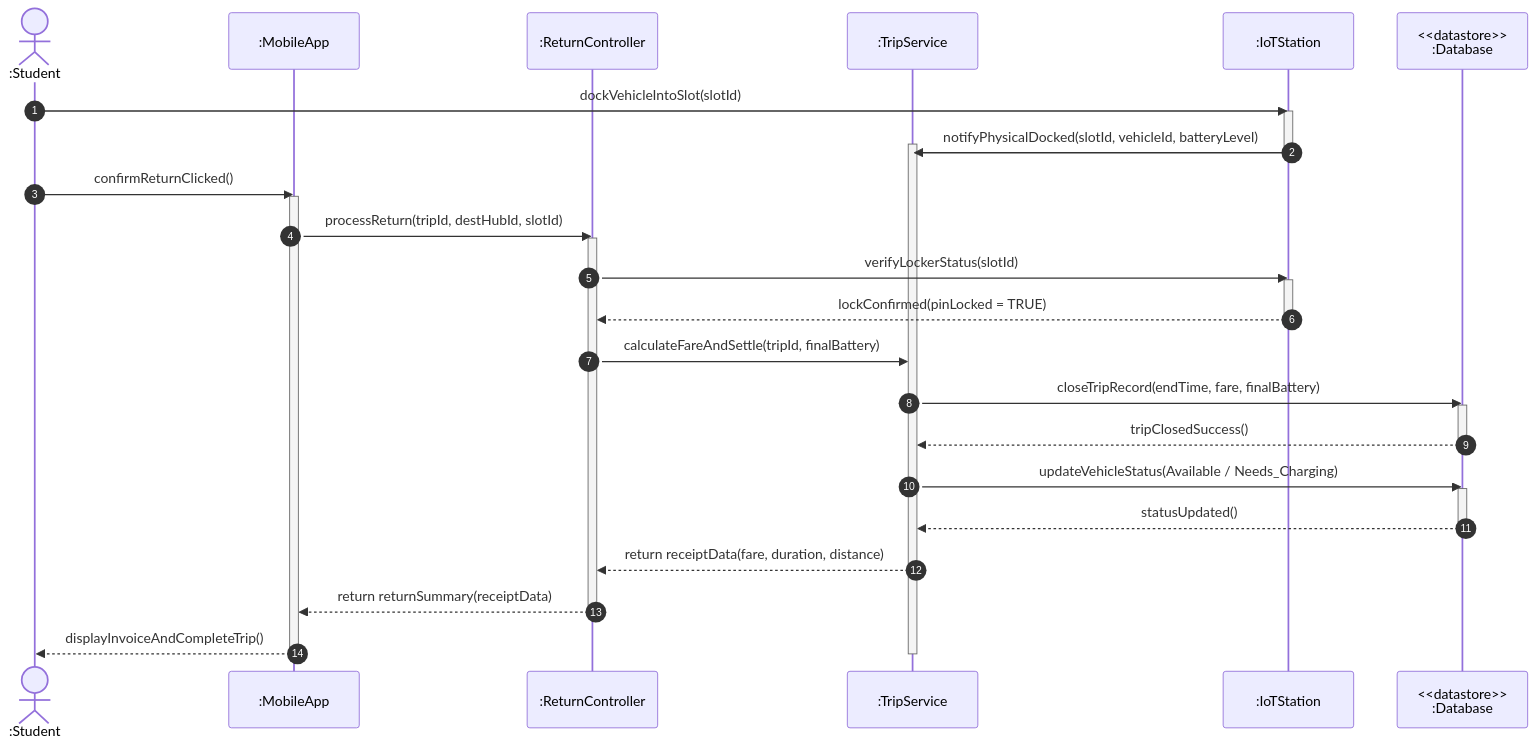
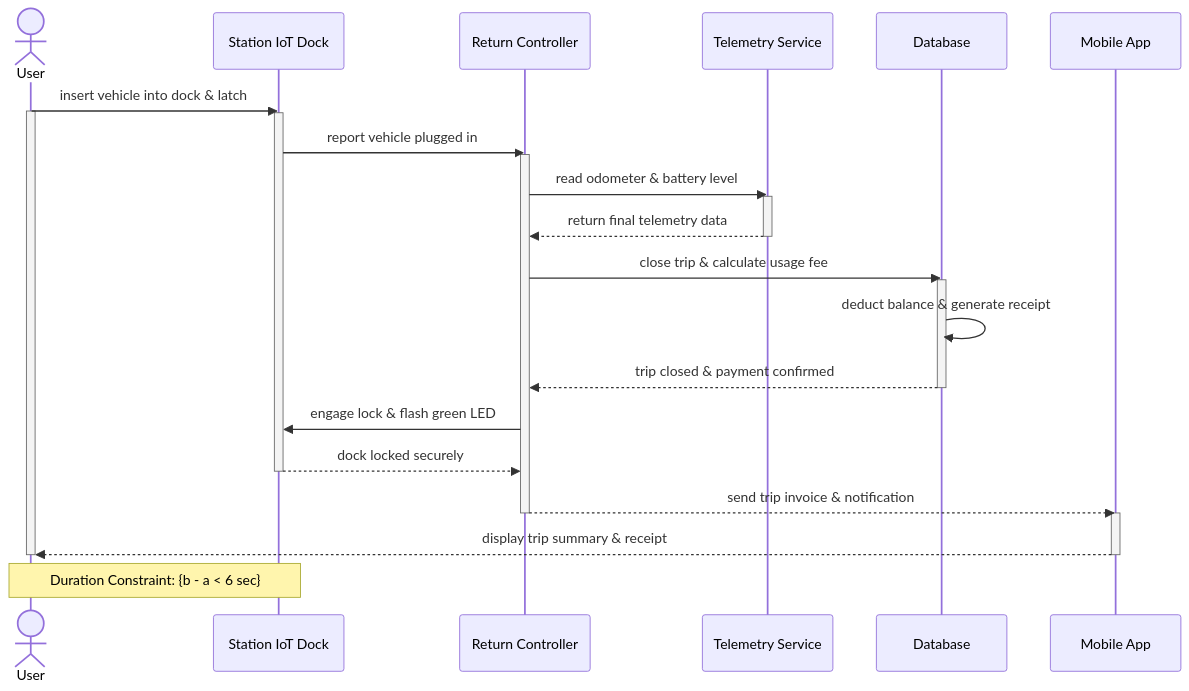
The sixth of 14 diagrams in 01_Diagram/02_Sequence_Diagram/PLANTUML_SEQUENCE.md (YdtTran/software-engineerning), drawn with Mermaid before and after one commit. The commit also changed other lines of this file and 19 other files, not shown here.

Commit message:
feat(diagram): update sequence diagrams with slide-standard visuals and rendered pngs

````diff
--- a/01_Diagram/02_Sequence_Diagram/PLANTUML_SEQUENCE.md
+++ b/01_Diagram/02_Sequence_Diagram/PLANTUML_SEQUENCE.md
@@ -235,39 +272,34 @@
 ```mermaid
 sequenceDiagram
-    autonumber
-    actor User as :Student
-    participant UI as :MobileApp
-    participant Ctrl as :ReturnController
-    participant Svc as :TripService
-    participant IoT as :IoTStation
-    participant DB as <<datastore>><br/>:Database
+    actor User as User
+    participant Dock as Station IoT Dock
+    participant Ctrl as Return Controller
+    participant Tele as Telemetry Service
+    participant DB as Database
+    participant App as Mobile App
 
-    User->>IoT: dockVehicleIntoSlot(slotId)
-    activate IoT
-    IoT->>Svc: notifyPhysicalDocked(slotId, vehicleId, batteryLevel)
-    activate Svc
-    deactivate IoT
-    User->>UI: confirmReturnClicked()
-    activate UI
-    UI->>Ctrl: processReturn(tripId, destHubId, slotId)
+    User->>Dock: insert vehicle into dock & latch
+    activate User
+    activate Dock
+    Dock->>Ctrl: report vehicle plugged in
     activate Ctrl
-    Ctrl->>IoT: verifyLockerStatus(slotId)
-    activate IoT
-    IoT-->>Ctrl: lockConfirmed(pinLocked = TRUE)
-    deactivate IoT
-    Ctrl->>Svc: calculateFareAndSettle(tripId, finalBattery)
-    Svc->>DB: closeTripRecord(endTime, fare, finalBattery)
+    Ctrl->>Tele: read odometer & battery level
+    activate Tele
+    Tele-->>Ctrl: return final telemetry data
+    deactivate Tele
+    Ctrl->>DB: close trip & calculate usage fee
     activate DB
-    DB-->>Svc: tripClosedSuccess()
+    DB->>DB: deduct balance & generate receipt
+    DB-->>Ctrl: trip closed & payment confirmed
     deactivate DB
-    Svc->>DB: updateVehicleStatus(Available / Needs_Charging)
-    activate DB
-    DB-->>Svc: statusUpdated()
-    deactivate DB
-    Svc-->>Ctrl: return receiptData(fare, duration, distance)
-    Ctrl-->>UI: return returnSummary(receiptData)
+    Ctrl->>Dock: engage lock & flash green LED
+    Dock-->>Ctrl: dock locked securely
+    deactivate Dock
+    Ctrl-->>App: send trip invoice & notification
+    activate App
     deactivate Ctrl
-    UI-->>User: displayInvoiceAndCompleteTrip()
-    deactivate UI
-    deactivate Svc
+    App-->>User: display trip summary & receipt
+    deactivate App
+    deactivate User
+    Note over User,Dock: Duration Constraint: {b - a < 6 sec}
 ```
````
